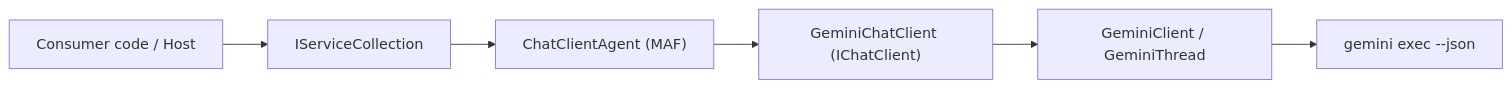
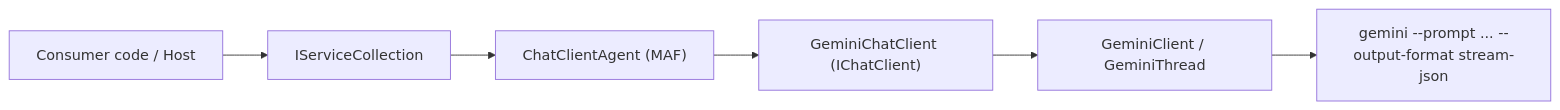
Before and after one commit to managedcode/GeminiSharpSDK: the diagram in docs/Features/agent-framework-integration.md, drawn with Mermaid. The commit also changed other lines of this file and 5 other files, not shown here.

Commit message:
Sync adapter docs with current Gemini CLI contract

````diff
--- a/docs/Features/agent-framework-integration.md
+++ b/docs/Features/agent-framework-integration.md
@@ -114,15 +115,15 @@
 ```mermaid
 flowchart LR
   Consumer["Consumer code / Host"]
   DI["IServiceCollection"]
   MAF["ChatClientAgent (MAF)"]
   MEAI["GeminiChatClient (IChatClient)"]
   Core["GeminiClient / GeminiThread"]
-  CLI["gemini exec --json"]
+  CLI["gemini --prompt ... --output-format stream-json"]
 
   Consumer --> DI
   DI --> MAF
   MAF --> MEAI
   MEAI --> Core
   Core --> CLI
 ```
````
